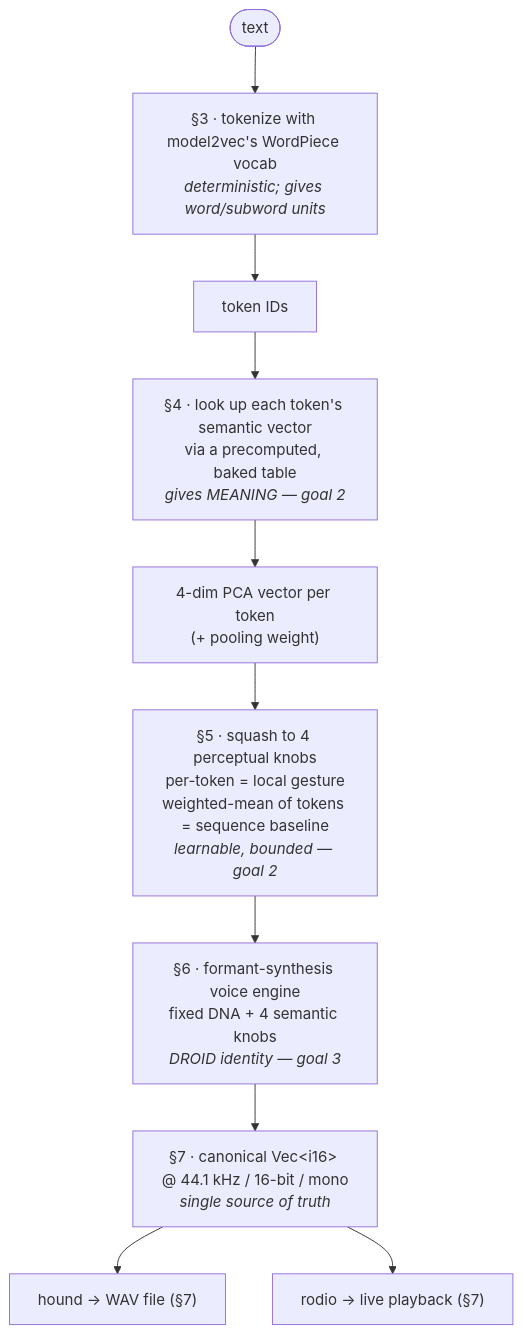
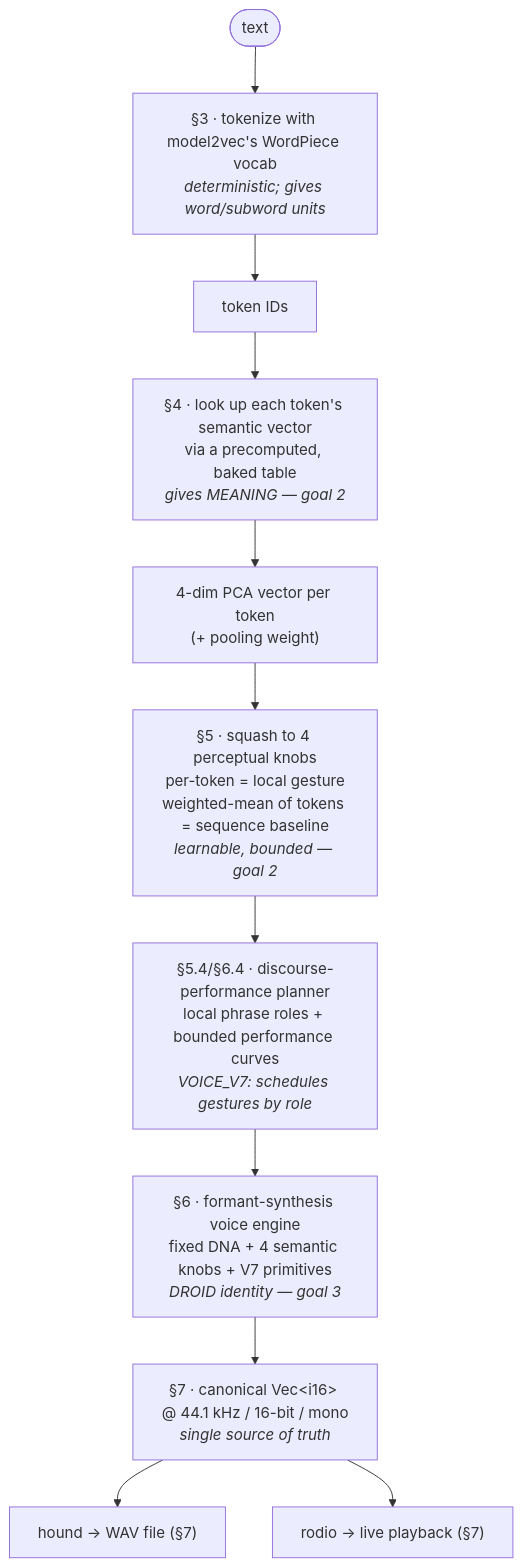
Before and after one commit to skeswa/dootdoot: the diagram in docs/design.md, drawn with Mermaid. The commit also changed other lines of this file and 5 other files, not shown here.

````diff
--- a/docs/design.md
+++ b/docs/design.md
@@ -47,13 +51,14 @@
 ```mermaid
 flowchart TD
     text([text])
     text --> tok["§3 · tokenize with model2vec's WordPiece vocab<br/><i>deterministic; gives word/subword units</i>"]
     tok --> ids["token IDs"]
     ids --> lookup["§4 · look up each token's semantic vector<br/>via a precomputed, baked table<br/><i>gives MEANING — goal 2</i>"]
     lookup --> pca["4-dim PCA vector per token<br/>(+ pooling weight)"]
     pca --> squash["§5 · squash to 4 perceptual knobs<br/>per-token = local gesture<br/>weighted-mean of tokens = sequence baseline<br/><i>learnable, bounded — goal 2</i>"]
-    squash --> voice["§6 · formant-synthesis voice engine<br/>fixed DNA + 4 semantic knobs<br/><i>DROID identity — goal 3</i>"]
+    squash --> plan["§5.4/§6.4 · discourse-performance planner<br/>local phrase roles + bounded performance curves<br/><i>VOICE_V7: schedules gestures by role</i>"]
+    plan --> voice["§6 · formant-synthesis voice engine<br/>fixed DNA + 4 semantic knobs + V7 primitives<br/><i>DROID identity — goal 3</i>"]
     voice --> buf["§7 · canonical Vec&lt;i16&gt; @ 44.1 kHz / 16-bit / mono<br/><i>single source of truth</i>"]
     buf --> wav["hound → WAV file (§7)"]
     buf --> play["rodio → live playback (§7)"]
 ```
````
